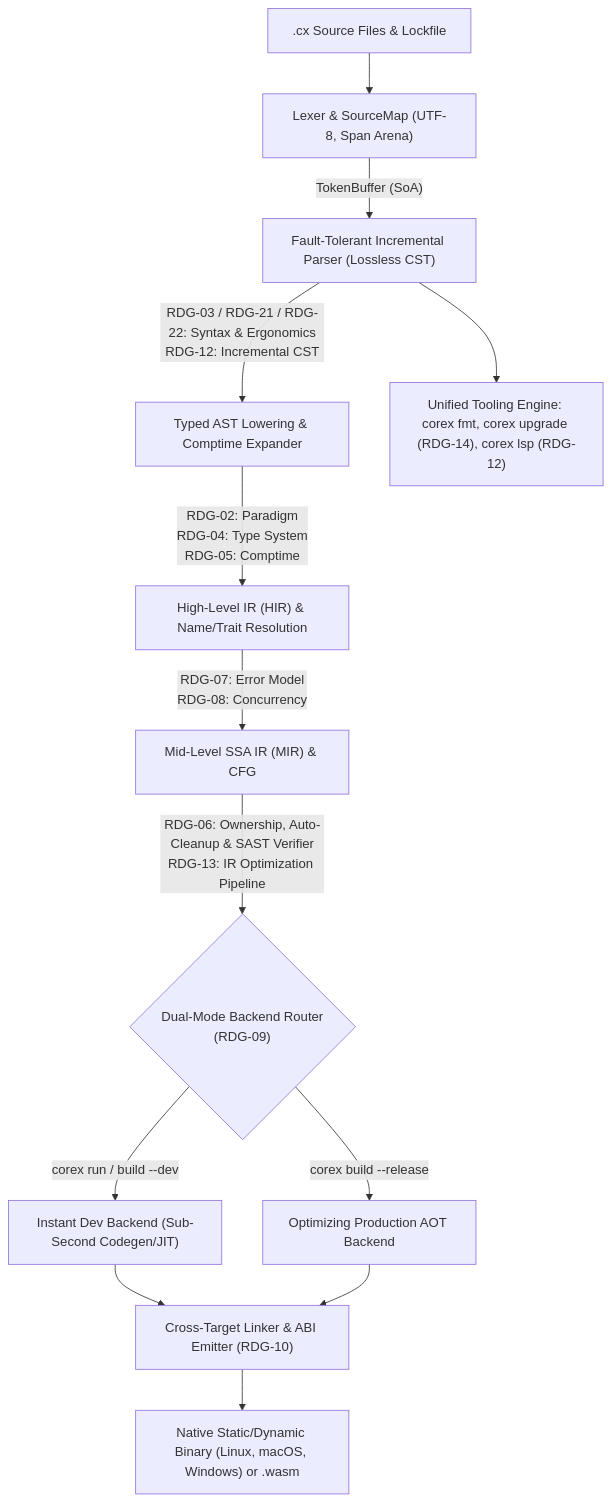
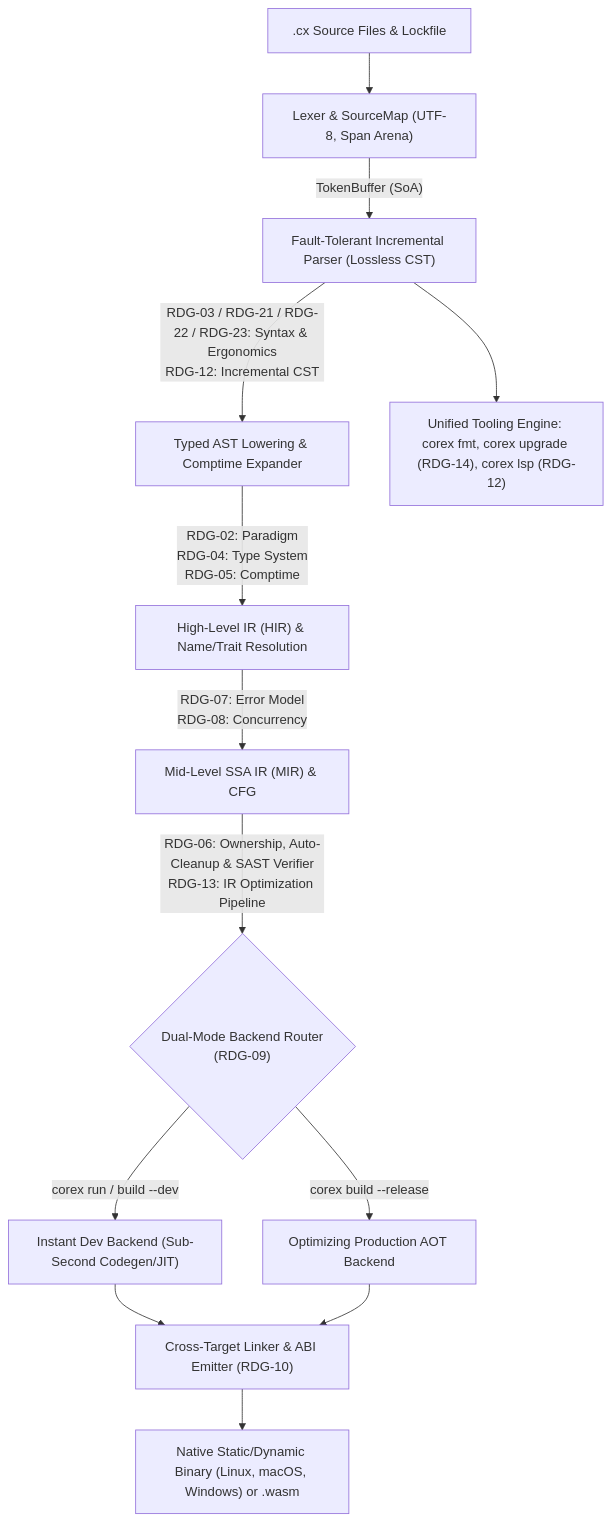
One commit to corex-lang/corex changed the diagram in PLAN.md. Above: the diagram before and after it, drawn with Mermaid. The commit also changed other lines of this file and 4 other files, not shown here.

Commit message:
Add DR-23 pre-stdlib surface syntax specification and Phase 10.6 roadmap

````diff
--- a/PLAN.md
+++ b/PLAN.md
@@ -13,15 +13,15 @@
 ```mermaid
 flowchart TD
     SRC[".cx Source Files & Lockfile"] --> LEX["Lexer & SourceMap (UTF-8, Span Arena)"]
     LEX -->|"TokenBuffer (SoA)"| CST["Fault-Tolerant Incremental Parser (Lossless CST)"]
-    CST -->|"RDG-03 / RDG-21 / RDG-22: Syntax & Ergonomics\nRDG-12: Incremental CST"| AST["Typed AST Lowering & Comptime Expander"]
+    CST -->|"RDG-03 / RDG-21 / RDG-22 / RDG-23: Syntax & Ergonomics\nRDG-12: Incremental CST"| AST["Typed AST Lowering & Comptime Expander"]
     AST -->|"RDG-02: Paradigm\nRDG-04: Type System\nRDG-05: Comptime"| HIR["High-Level IR (HIR) & Name/Trait Resolution"]
     HIR -->|"RDG-07: Error Model\nRDG-08: Concurrency"| MIR["Mid-Level SSA IR (MIR) & CFG"]
     MIR -->|"RDG-06: Ownership, Auto-Cleanup & SAST Verifier\nRDG-13: IR Optimization Pipeline"| BACKEND{"Dual-Mode Backend Router\n(RDG-09)"}
     BACKEND -->|"corex run / build --dev"| DEV["Instant Dev Backend (Sub-Second Codegen/JIT)"]
     BACKEND -->|"corex build --release"| PROD["Optimizing Production AOT Backend"]
     DEV --> LINK["Cross-Target Linker & ABI Emitter (RDG-10)"]
     PROD --> LINK
     LINK --> OUT["Native Static/Dynamic Binary (Linux, macOS, Windows) or .wasm"]
     CST --> TOOLING["Unified Tooling Engine: corex fmt, corex upgrade (RDG-14), corex lsp (RDG-12)"]
 ```
````
